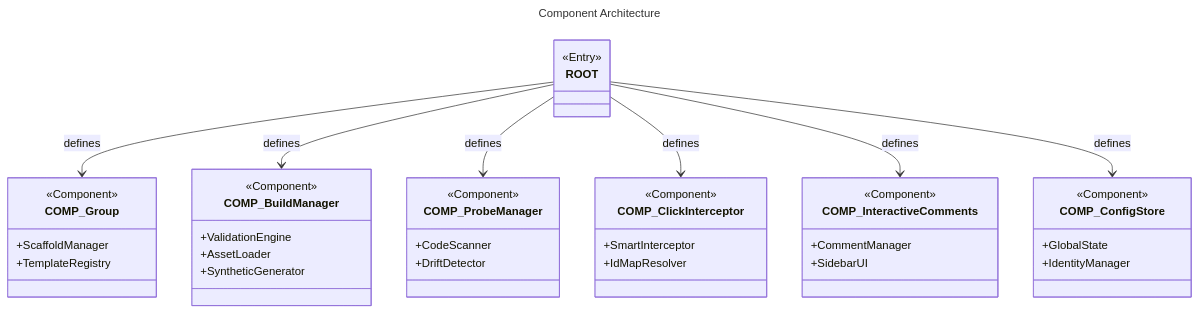
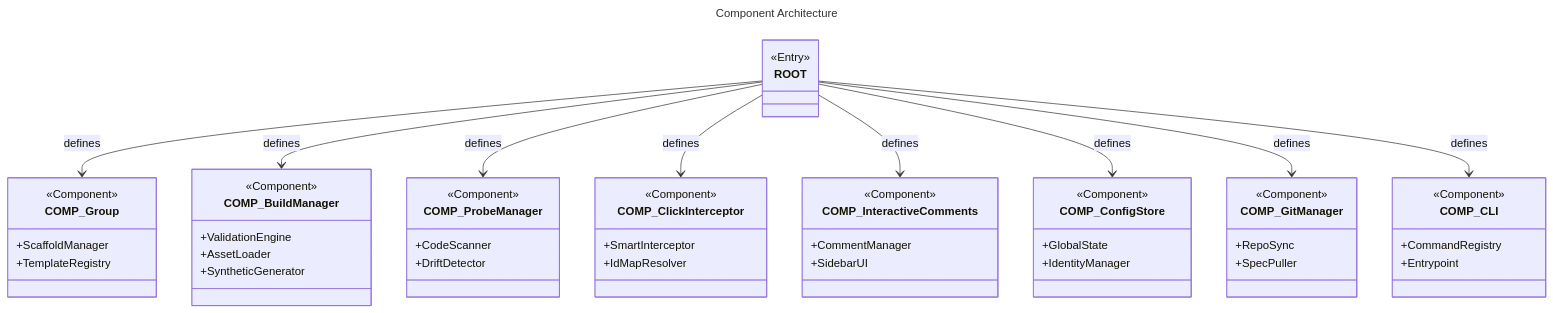
Before and after one commit to futurefoundai/foundryspec: the diagram in docs/components/components.mermaid, drawn with Mermaid. The commit also changed 26 other files, not shown here.

```diff
--- a/docs/components/components.mermaid
+++ b/docs/components/components.mermaid
@@ -1,80 +1,102 @@
 ---
 id: "COMP_Overview"
 title: Component Architecture
 description: Detailed decomposition of the FoundrySpec engine components.
 uplink: "ROOT"
 requirements:
   - "REQ_NonFunctional"
 entities:
   - id: "COMP_Group"
     uplink: "REQ_NonFunctional"
   - id: "COMP_ClickInterceptor"
     uplink: "REQ_Functional"
   - id: "COMP_InteractiveComments"
     uplink: "REQ_InteractiveComments"
     requirements:
       - "REQ_InteractiveComments"
       - "REQ_DeterministicIdentity"
   - id: "COMP_BuildManager"
     uplink: "REQ_PathIntegrity"
     requirements:
       - "REQ_PathIntegrity"
       - "REQ_DynamicRoot"
   - id: "COMP_ProbeManager"
     uplink: "REQ_AutomatedProbing"
     requirements:
       - "REQ_AutomatedProbing"
   - id: "COMP_ConfigStore"
     uplink: "REQ_ZeroConfig"
     requirements:
       - "REQ_ZeroConfig"
+  - id: "COMP_GitManager"
+    uplink: "REQ_Functional"
+    requirements:
+      - "REQ_Functional"
+  - id: "COMP_CLI"
+    uplink: "REQ_Functional"
+    requirements:
+      - "REQ_Functional"
 ---
 
 classDiagram
     class COMP_Group {
         <<Component>>
         +ScaffoldManager
         +TemplateRegistry
     }
 
     class COMP_BuildManager {
         <<Component>>
         +ValidationEngine
         +AssetLoader
         +SyntheticGenerator
     }
 
     class COMP_ProbeManager {
         <<Component>>
         +CodeScanner
         +DriftDetector
     }
 
     class COMP_ClickInterceptor {
         <<Component>>
         +SmartInterceptor
         +IdMapResolver
     }
 
     class COMP_InteractiveComments {
         <<Component>>
         +CommentManager
         +SidebarUI
     }
 
     class COMP_ConfigStore {
         <<Component>>
         +GlobalState
         +IdentityManager
     }
+
+    class COMP_GitManager {
+        <<Component>>
+        +RepoSync
+        +SpecPuller
+    }
+
+    class COMP_CLI {
+        <<Component>>
+        +CommandRegistry
+        +Entrypoint
+    }
     
     class ROOT {
         <<Entry>>
     }
     
     ROOT --> COMP_Group : defines
     ROOT --> COMP_BuildManager : defines
     ROOT --> COMP_ProbeManager : defines
     ROOT --> COMP_ClickInterceptor : defines
     ROOT --> COMP_InteractiveComments : defines
     ROOT --> COMP_ConfigStore : defines
+    ROOT --> COMP_GitManager : defines
+    ROOT --> COMP_CLI : defines
```
